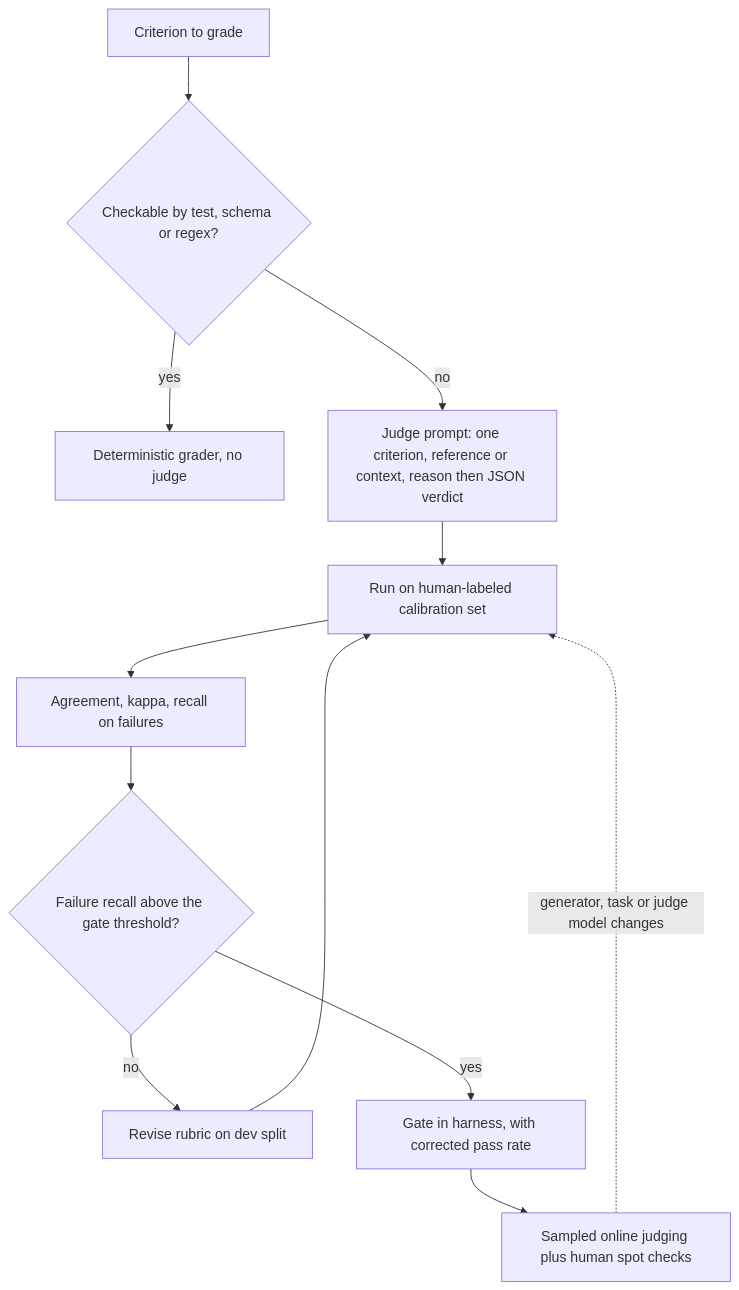
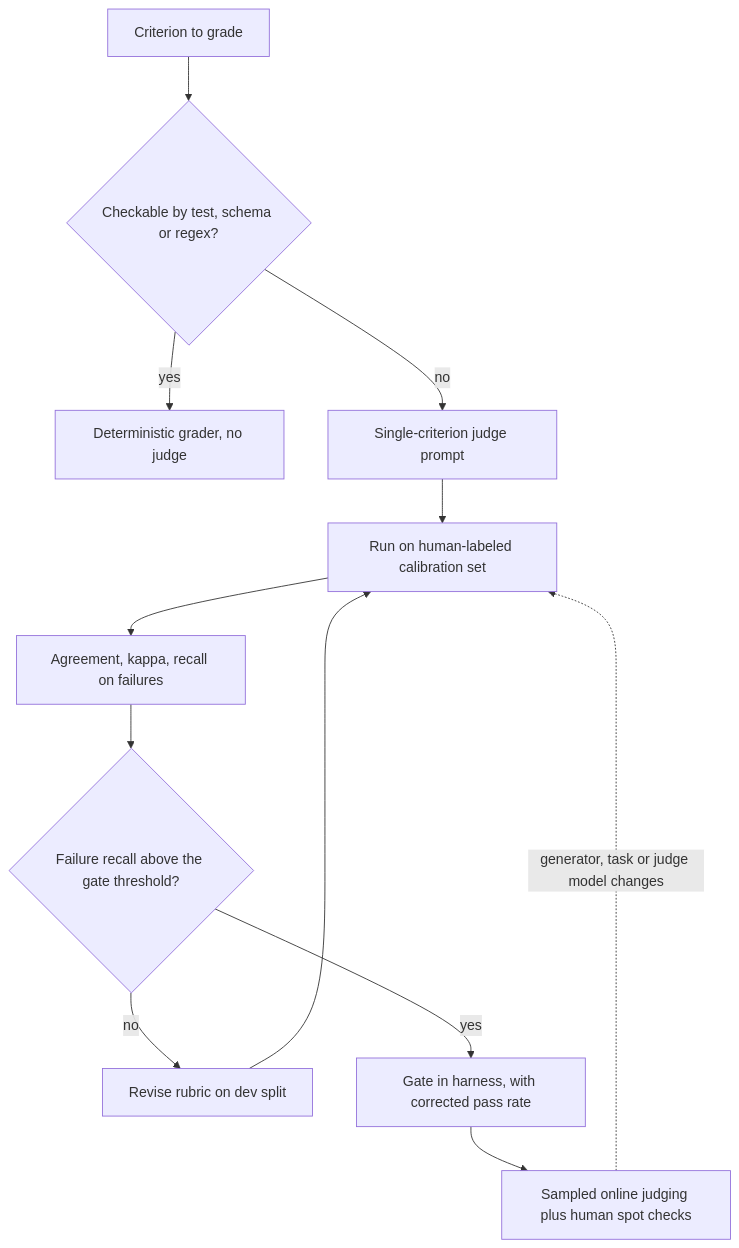
The diagram in content/evals/llm-as-a-judge.md (lovishmahajan97/agentic-learning), drawn with Mermaid before and after one commit. The commit also changed other lines of this file and 81 other files, not shown here.

````diff
--- a/content/evals/llm-as-a-judge.md
+++ b/content/evals/llm-as-a-judge.md
@@ -123,14 +124,14 @@
 ```mermaid
 flowchart TD
     C["Criterion to grade"] --> D{"Checkable by test, schema or regex?"}
     D -->|"yes"| X["Deterministic grader, no judge"]
-    D -->|"no"| P["Judge prompt: one criterion, reference or context, reason then JSON verdict"]
+    D -->|"no"| P["Single-criterion judge prompt"]
     P --> H["Run on human-labeled calibration set"]
     H --> K["Agreement, kappa, recall on failures"]
     K --> T{"Failure recall above the gate threshold?"}
     T -->|"no"| R["Revise rubric on dev split"]
     R --> H
     T -->|"yes"| G["Gate in harness, with corrected pass rate"]
     G --> O["Sampled online judging plus human spot checks"]
     O -.->|"generator, task or judge model changes"| H
 ```
````
